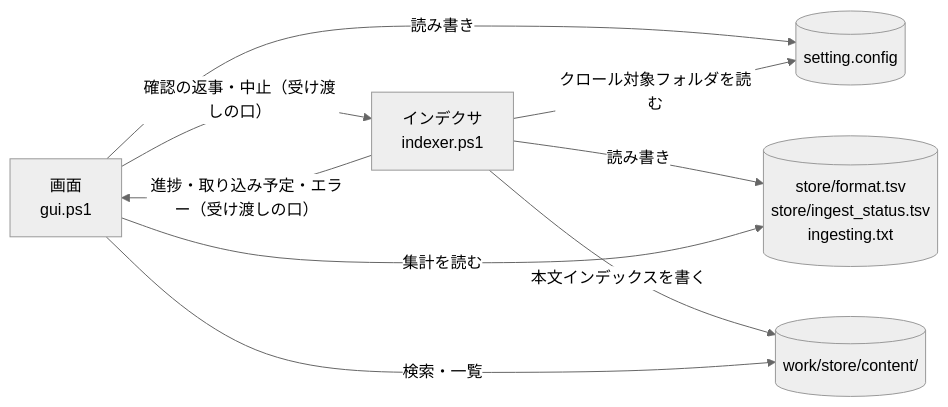
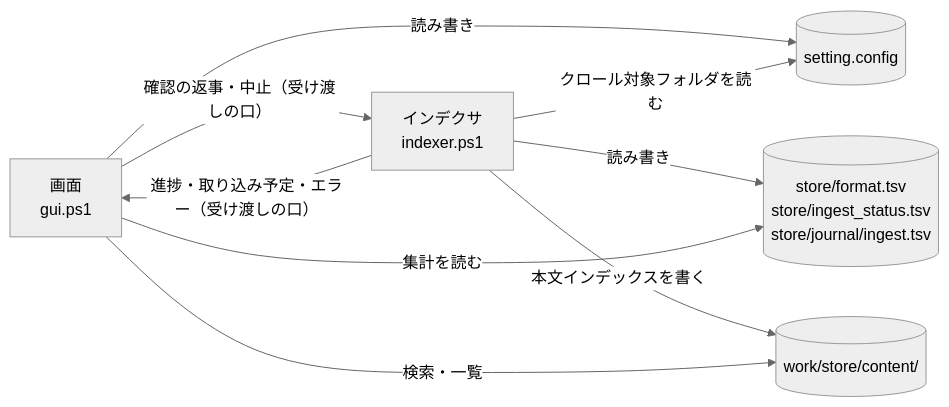
The second of 2 diagrams in docs/design/structure/io-files.md (hsgwa/tebunko), drawn with Mermaid (neutral theme) before and after one commit. The commit also changed other lines of this file and 35 other files, not shown here.

````diff
--- a/docs/design/structure/io-files.md
+++ b/docs/design/structure/io-files.md
@@ -221,16 +221,16 @@
 ```mermaid
 flowchart LR
     CFG[("setting.config")]
     GUI["画面<br>gui.ps1"]
     IDX["インデクサ<br>indexer.ps1"]
-    ST[("store/format.tsv<br>store/ingest_status.tsv<br>ingesting.txt")]
+    ST[("store/format.tsv<br>store/ingest_status.tsv<br>store/journal/ingest.tsv")]
     IX[("work/store/content/")]
     GUI -- 読み書き --> CFG
     IDX -- クロール対象フォルダを読む --> CFG
     IDX -- "進捗・取り込み予定・エラー（受け渡しの口）" --> GUI
     GUI -- "確認の返事・中止（受け渡しの口）" --> IDX
     IDX -- 読み書き --> ST
     IDX -- 本文インデックスを書く --> IX
     GUI -- 検索・一覧 --> IX
     GUI -- 集計を読む --> ST
 ```
````
